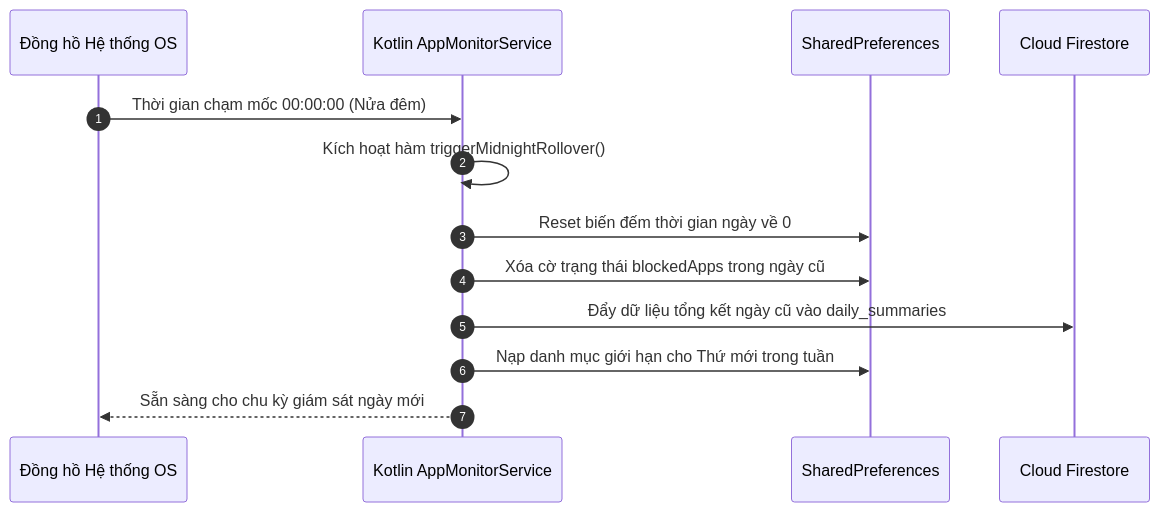
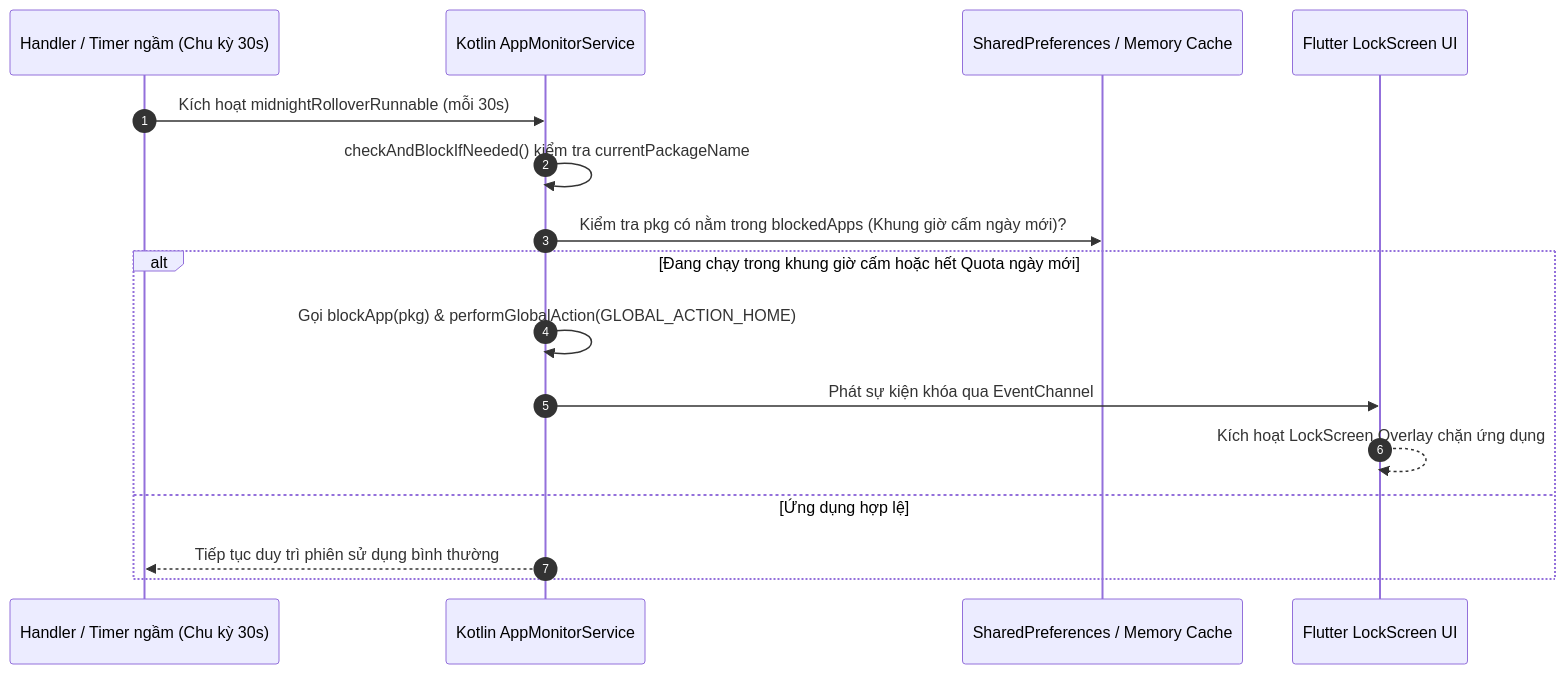
Before and after one commit to minhduc01168/KidGuardian-THPT: diagram 13 of 20 in docs/Kura_Technical_Analysis.md, drawn with Mermaid. The commit also changed other lines of this file, not shown here.

Commit message:
docs: audit and refine diagrams to match exact native & domain code

````diff
--- a/docs/Kura_Technical_Analysis.md
+++ b/docs/Kura_Technical_Analysis.md
@@ -763,16 +763,19 @@
 ```mermaid
 sequenceDiagram
- autonumber
- participant SystemClock as Đồng hồ Hệ thống OS
- participant NativeDaemon as Kotlin AppMonitorService
- participant LocalCache as SharedPreferences
- participant Firestore as Cloud Firestore
+    autonumber
+    participant SystemTimer as Handler / Timer ngầm (Chu kỳ 30s)
+    participant NativeDaemon as Kotlin AppMonitorService
+    participant LocalCache as SharedPreferences / Memory Cache
+    participant FlutterApp as Flutter LockScreen UI
 
- SystemClock->>NativeDaemon: Thời gian chạm mốc 00:00:00 (Nửa đêm)
- NativeDaemon->>NativeDaemon: Kích hoạt hàm triggerMidnightRollover()
- NativeDaemon->>LocalCache: Reset biến đếm thời gian ngày về 0
- NativeDaemon->>LocalCache: Xóa cờ trạng thái blockedApps trong ngày cũ
- NativeDaemon->>Firestore: Đẩy dữ liệu tổng kết ngày cũ vào daily_summaries
- NativeDaemon->>LocalCache: Nạp danh mục giới hạn cho Thứ mới trong tuần
- NativeDaemon-->>SystemClock: Sẵn sàng cho chu kỳ giám sát ngày mới
+    SystemTimer->>NativeDaemon: Kích hoạt midnightRolloverRunnable (mỗi 30s)
+    NativeDaemon->>NativeDaemon: checkAndBlockIfNeeded() kiểm tra currentPackageName
+    NativeDaemon->>LocalCache: Kiểm tra pkg có nằm trong blockedApps (Khung giờ cấm ngày mới)?
+    alt Đang chạy trong khung giờ cấm hoặc hết Quota ngày mới
+        NativeDaemon->>NativeDaemon: Gọi blockApp(pkg) & performGlobalAction(GLOBAL_ACTION_HOME)
+        NativeDaemon->>FlutterApp: Phát sự kiện khóa qua EventChannel
+        FlutterApp-->>FlutterApp: Kích hoạt LockScreen Overlay chặn ứng dụng
+    else Ứng dụng hợp lệ
+        NativeDaemon-->>SystemTimer: Tiếp tục duy trì phiên sử dụng bình thường
+    end
 ```
````
